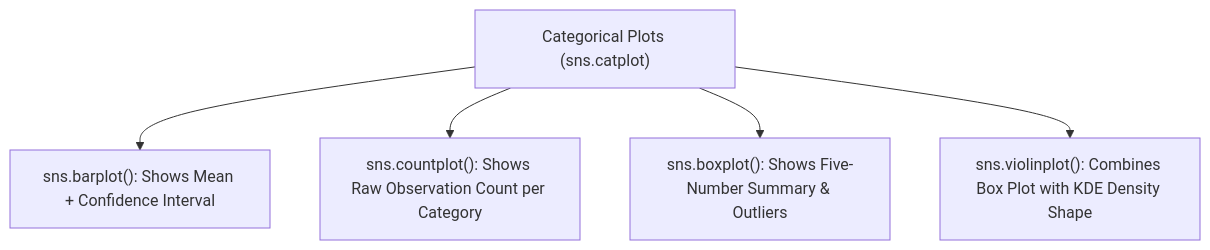
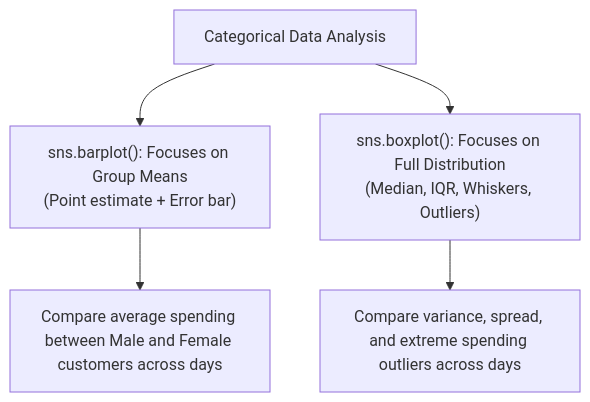
Before and after one commit to S1h2i3v4a/AI_ML: the diagram in lecture_19/Notes_19.13/README.md, drawn with Mermaid. The commit also changed other lines of this file and 203 other files, not shown here.

Commit message:
docs(lectures 19-21): align notes with video lectures, add blackboard diagrams, clean structured functions, and compile vector PDFs

````diff
--- a/lecture_19/Notes_19.13/README.md
+++ b/lecture_19/Notes_19.13/README.md
@@ -21,7 +10,8 @@
 ```mermaid
 flowchart TD
-    A["Categorical Plots (sns.catplot)"] --> B["sns.barplot(): Shows Mean + Confidence Interval"]
-    A --> C["sns.countplot(): Shows Raw Observation Count per Category"]
-    A --> D["sns.boxplot(): Shows Five-Number Summary & Outliers"]
-    A --> E["sns.violinplot(): Combines Box Plot with KDE Density Shape"]
+    Cat["Categorical Data Analysis"] --> Bar["sns.barplot(): Focuses on Group Means<br/>(Point estimate + Error bar)"]
+    Cat --> Box["sns.boxplot(): Focuses on Full Distribution<br/>(Median, IQR, Whiskers, Outliers)"]
+    
+    Bar --> BInsight["Compare average spending between Male and Female customers across days"]
+    Box --> BInsight2["Compare variance, spread, and extreme spending outliers across days"]
 ```
````
